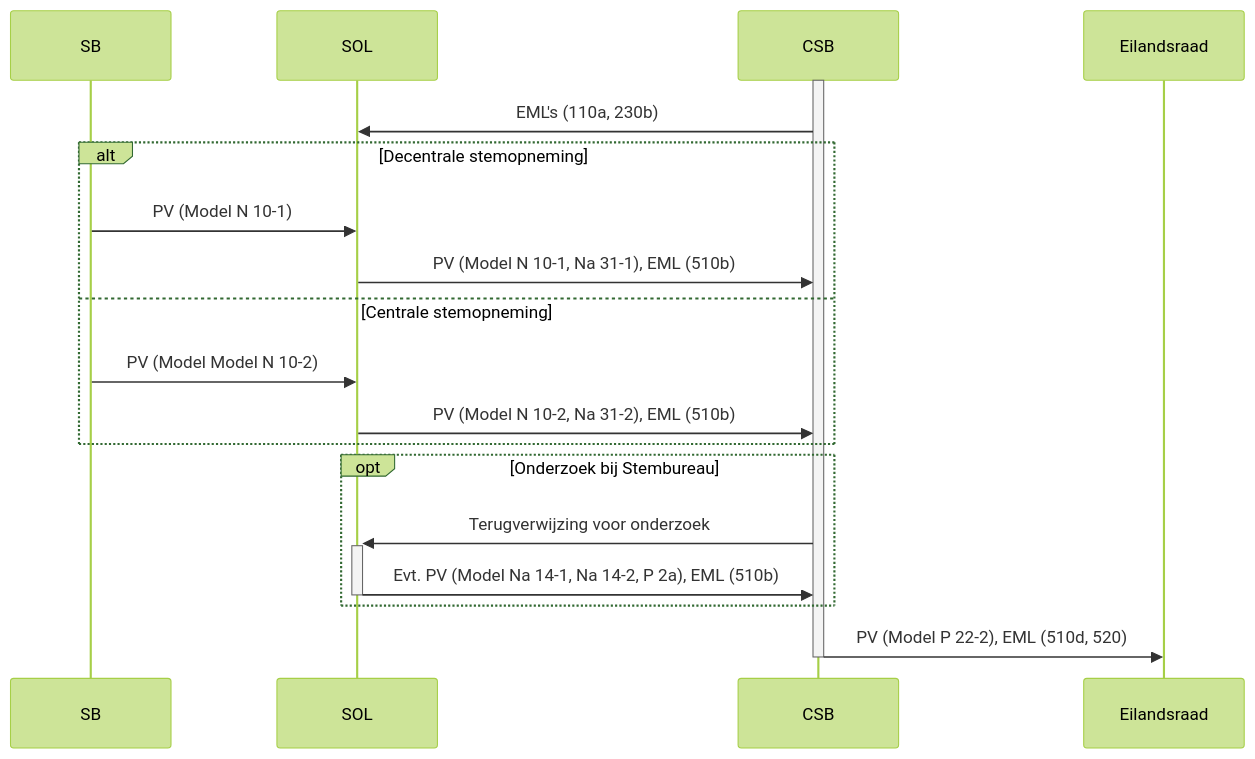
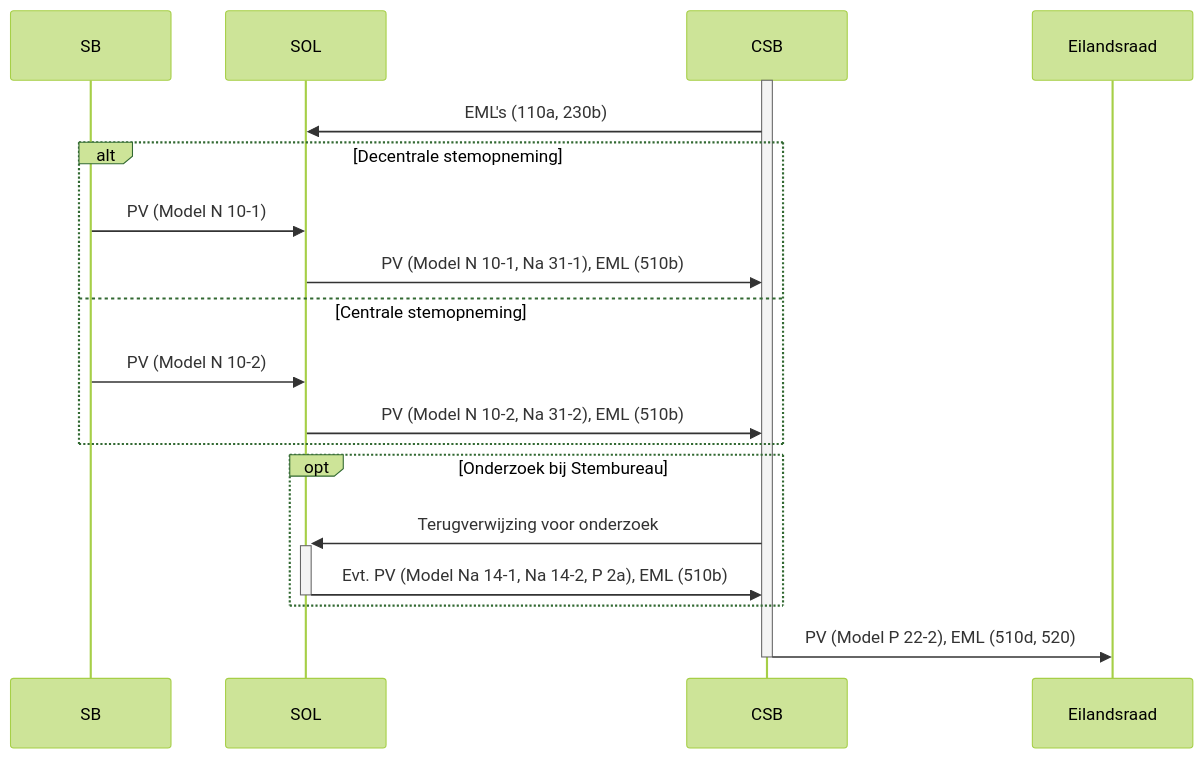
Before and after one commit to kiesraad/abacus-documentatie: the fifth of 5 diagrams in verkiezingsproces/verloop-verkiezingen.md, drawn with Mermaid (forest theme). The commit also changed other lines of this file and 8 other files, not shown here.

````diff
--- a/verkiezingsproces/verloop-verkiezingen.md
+++ b/verkiezingsproces/verloop-verkiezingen.md
@@ -235,20 +235,20 @@
 ```mermaid
 sequenceDiagram
     participant SB
     participant SOL
     participant CSB
     activate CSB
     CSB->>SOL: EML's (110a, 230b)
     alt Decentrale stemopneming
       SB->>SOL: PV (Model N 10-1)
       SOL->>CSB: PV (Model N 10-1, Na 31-1), EML (510b)
     else Centrale stemopneming
-      SB->>SOL: PV (Model Model N 10-2)
+      SB->>SOL: PV (Model N 10-2)
       SOL->>CSB: PV (Model N 10-2, Na 31-2), EML (510b)
     end
     opt Onderzoek bij Stembureau
       CSB->>+SOL: Terugverwijzing voor onderzoek
       SOL->>-CSB: Evt. PV (Model Na 14-1, Na 14-2, P 2a), EML (510b)
     end
     CSB->>-Eilandsraad: PV (Model P 22-2), EML (510d, 520)
 ```
````
